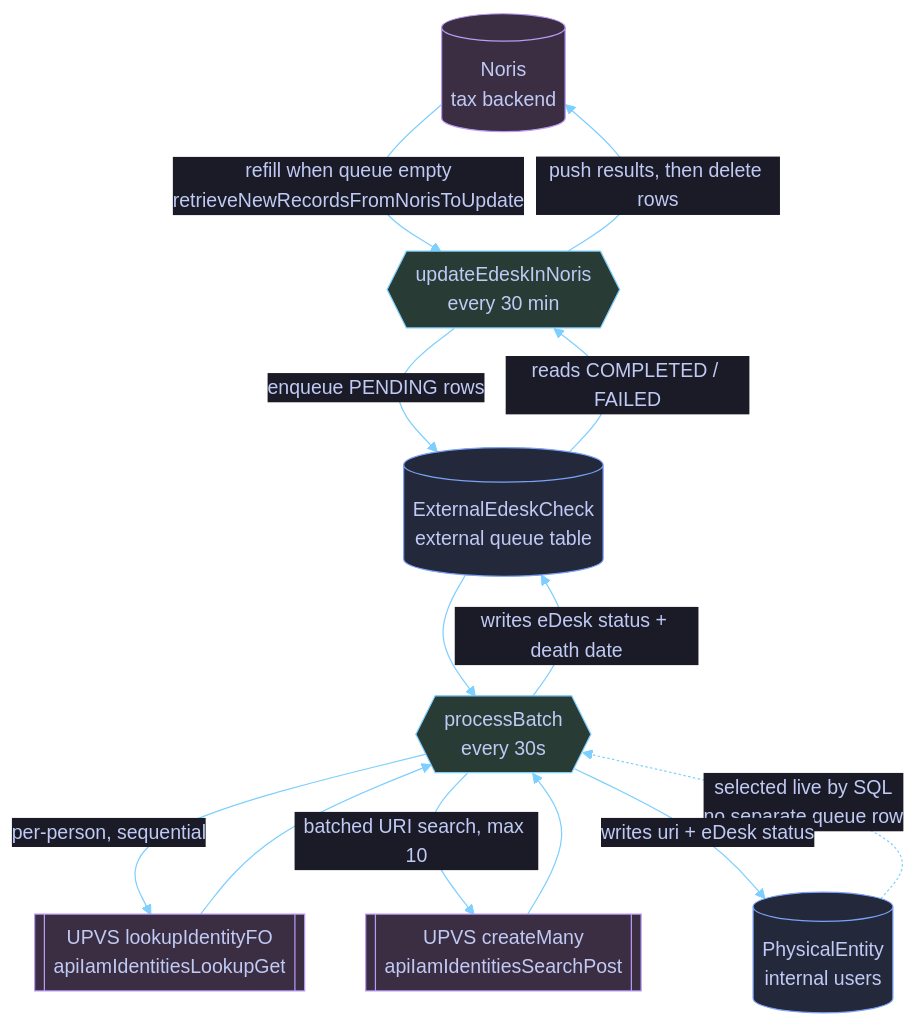
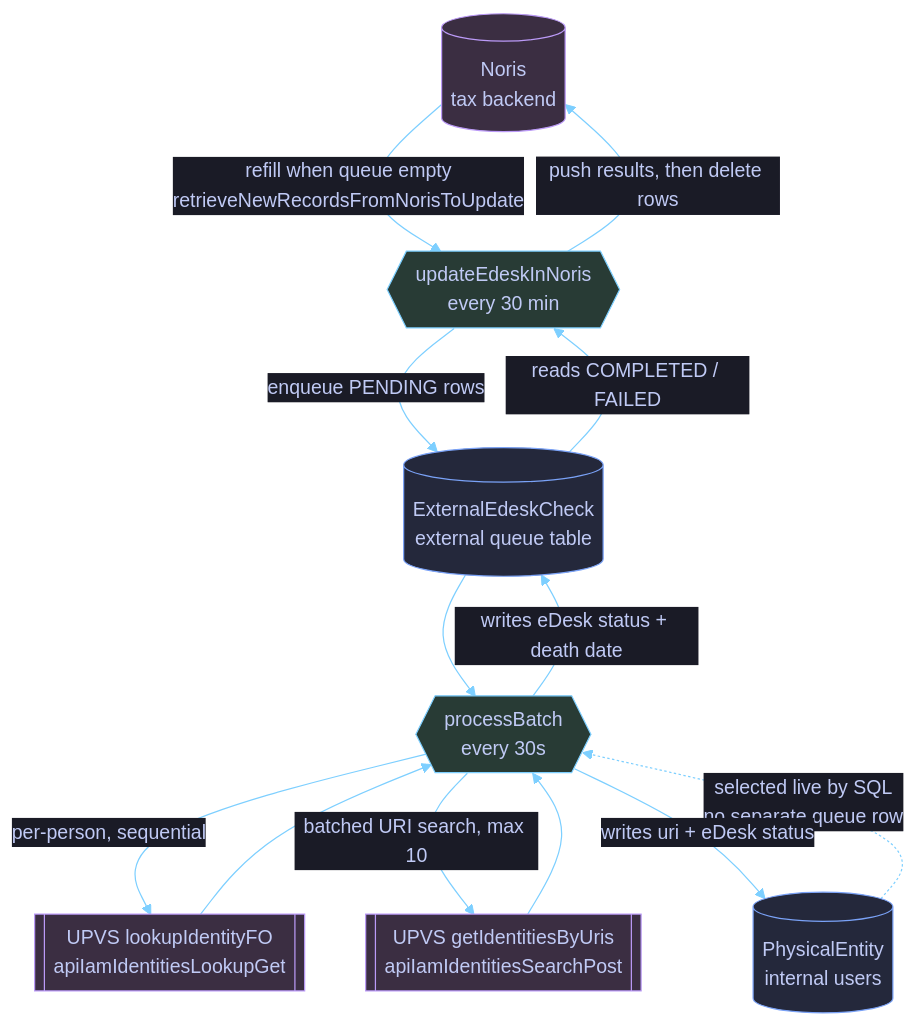
One commit to bratislava/konto.bratislava.sk changed the first of 6 diagrams in nest-city-account/src/upvs-queue/README.md. Above: the diagram before and after it, drawn with Mermaid. The commit also changed other lines of this file and 8 other files, not shown here.

Commit message:
Rename `createMany` to `getIdentitiesByUris` and align its types

````diff
--- a/nest-city-account/src/upvs-queue/README.md
+++ b/nest-city-account/src/upvs-queue/README.md
@@ -41,46 +41,46 @@
 ```mermaid
 %%{
   init: {
     'theme': 'base',
     'themeVariables': {
       'primaryColor': '#292e42',
       'primaryTextColor': '#c0caf5',
       'primaryBorderColor': '#7aa2f7',
       'lineColor': '#7dcfff',
       'secondaryColor': '#24283b',
       'tertiaryColor': '#1a1b26',
       'background': '#1a1b26',
       'mainBkg': '#292e42',
       'nodeBorder': '#414868',
       'clusterBkg': '#24283b',
       'clusterBorder': '#414868',
       'titleColor': '#7dcfff',
       'edgeLabelBackground': '#1a1b26'
     }
   }
 }%%
 flowchart TD
     NORIS[("Noris<br/>tax backend")]
     PE[("PhysicalEntity<br/>internal users")]
     EEC[("ExternalEdeskCheck<br/>external queue table")]
 %% processBatch - every 30s
     PE -.->|" selected live by SQL<br/>no separate queue row "| SCHED
     EEC --> SCHED{{"processBatch<br/>every 30s"}}
     SCHED -->|" per-person, sequential "| LOOKUP[["UPVS lookupIdentityFO<br/>apiIamIdentitiesLookupGet"]]
-    SCHED -->|" batched URI search, max 10 "| SEARCH[["UPVS createMany<br/>apiIamIdentitiesSearchPost"]]
+    SCHED -->|" batched URI search, max 10 "| SEARCH[["UPVS getIdentitiesByUris<br/>apiIamIdentitiesSearchPost"]]
     LOOKUP --> SCHED
     SEARCH --> SCHED
     SCHED -->|writes uri + eDesk status| PE
     SCHED -->|writes eDesk status + death date| EEC
 %% updateEdeskInNoris - every 30 min
     EEC -->|" reads COMPLETED / FAILED "| SYNC{{"updateEdeskInNoris<br/>every 30 min"}}
     SYNC -->|" push results, then delete rows "| NORIS
     NORIS -->|" refill when queue empty<br/>retrieveNewRecordsFromNorisToUpdate "| SYNC
     SYNC -->|" enqueue PENDING rows "| EEC
     classDef store fill:#24283b,stroke:#7aa2f7,color:#c0caf5;
     classDef ext fill:#3b2e42,stroke:#bb9af7,color:#c0caf5;
     classDef sched fill:#283b35,stroke:#7dcfff,color:#c0caf5;
     class PE,EEC store;
     class LOOKUP,SEARCH,NORIS ext;
     class SCHED,SYNC sched;
 ```
````
